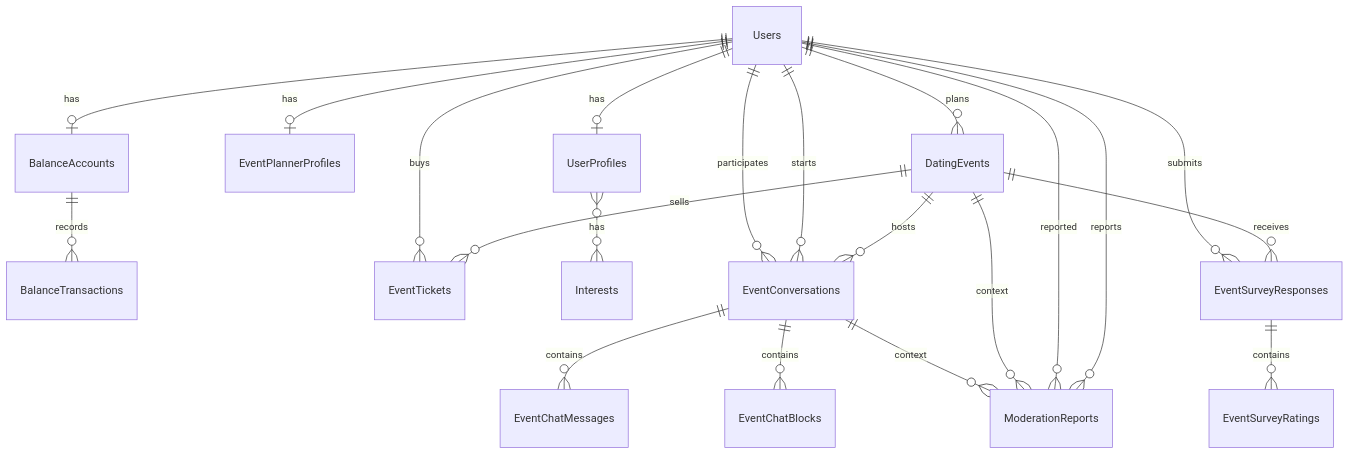
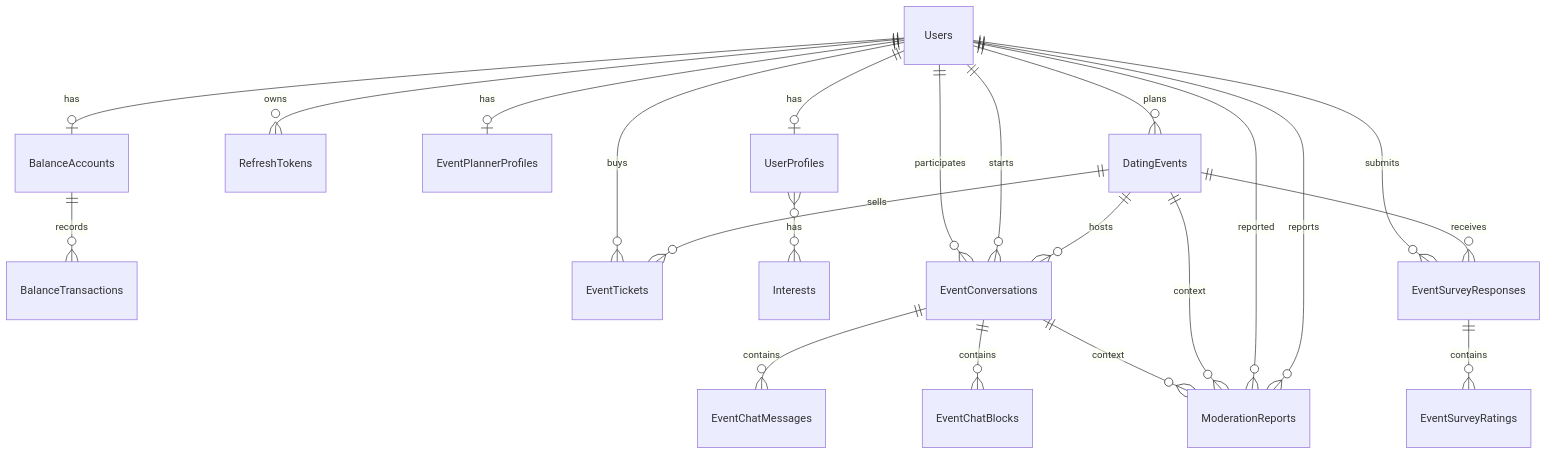
One commit to raminamoly/Randevoo changed the diagram in docs/06-architecture/database-design.md. Above: the diagram before and after it, drawn with Mermaid. The commit also changed other lines of this file and 31 other files, not shown here.

````diff
--- a/docs/06-architecture/database-design.md
+++ b/docs/06-architecture/database-design.md
@@ -45,23 +48,24 @@
 ```mermaid
 erDiagram
     Users ||--o| UserProfiles : has
+    Users ||--o{ RefreshTokens : owns
     Users ||--o| EventPlannerProfiles : has
     Users ||--o| BalanceAccounts : has
     BalanceAccounts ||--o{ BalanceTransactions : records
     Users ||--o{ DatingEvents : plans
     DatingEvents ||--o{ EventTickets : sells
     Users ||--o{ EventTickets : buys
     UserProfiles }o--o{ Interests : has
     DatingEvents ||--o{ EventConversations : hosts
     Users ||--o{ EventConversations : starts
     Users ||--o{ EventConversations : participates
     EventConversations ||--o{ EventChatMessages : contains
     EventConversations ||--o{ EventChatBlocks : contains
     DatingEvents ||--o{ EventSurveyResponses : receives
     Users ||--o{ EventSurveyResponses : submits
     EventSurveyResponses ||--o{ EventSurveyRatings : contains
     Users ||--o{ ModerationReports : reports
     Users ||--o{ ModerationReports : reported
     DatingEvents ||--o{ ModerationReports : context
     EventConversations ||--o{ ModerationReports : context
 ```
````
